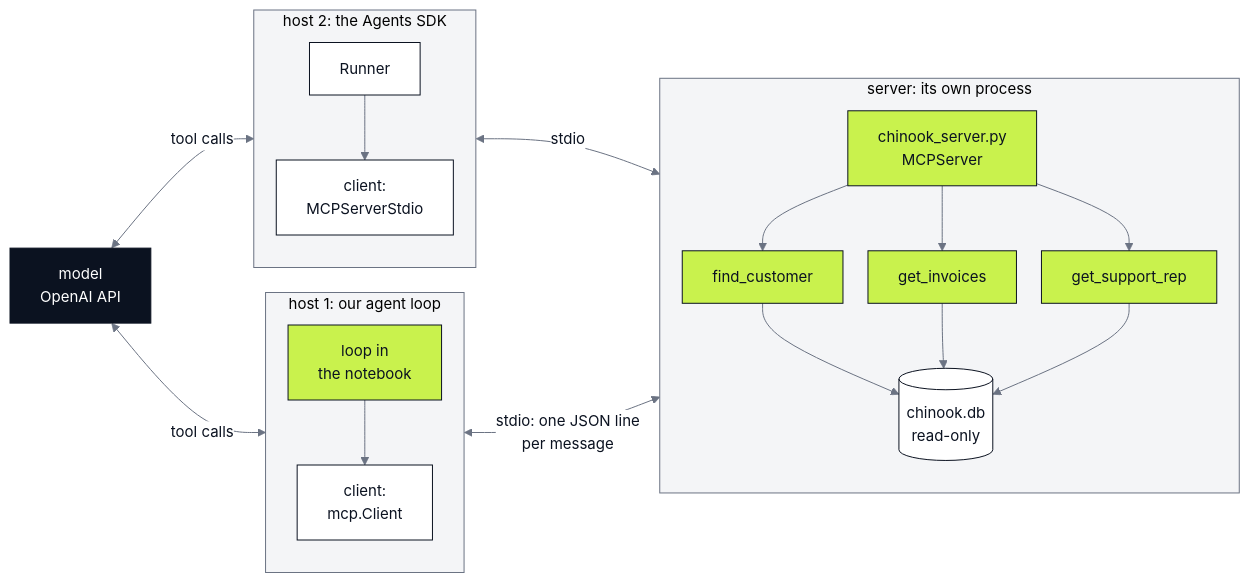
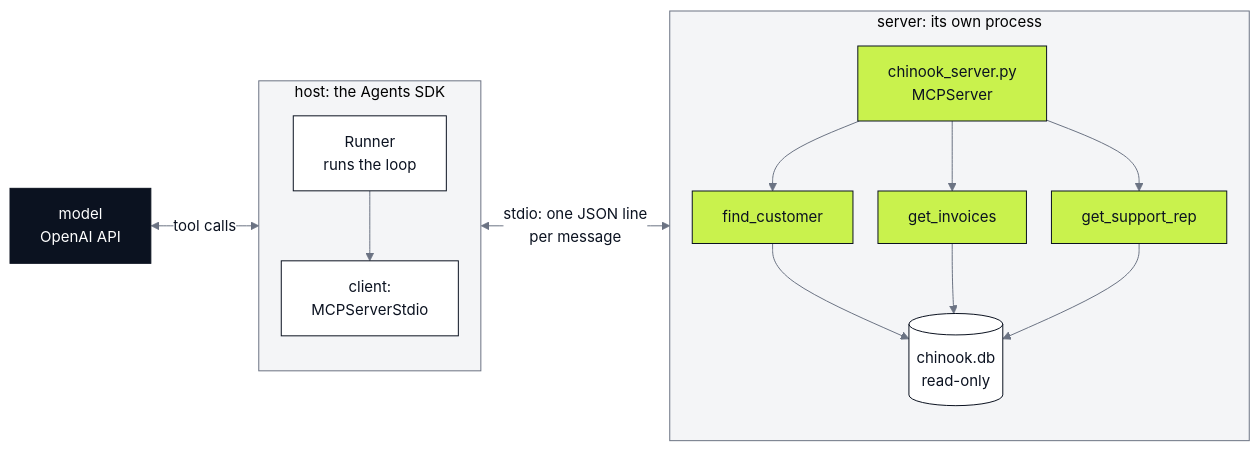
The diagram in 06_MCP/resources/lab06_mcp_host_client_server.mmd (tatwan/ai_agents_course), drawn with Mermaid before and after one commit. The commit also changed 13 other files, not shown here.

First line of the commit message:
Lab 06: rebuild MCP as 06a, 06b and a wire-format extra

```diff
--- a/06_MCP/resources/lab06_mcp_host_client_server.mmd
+++ b/06_MCP/resources/lab06_mcp_host_client_server.mmd
@@ -1,32 +1,27 @@
-%%{init: {"theme": "base", "flowchart": {"curve": "basis", "nodeSpacing": 25, "rankSpacing": 40}, "themeVariables": {"fontFamily": "IBM Plex Mono, monospace", "fontSize": "15px", "primaryColor": "#FFFFFF", "primaryBorderColor": "#0B1220", "primaryTextColor": "#0B1220", "lineColor": "#6B7383", "clusterBkg": "#F4F5F7", "clusterBorder": "#6B7383"}}}%%
-%% Lab 06: two hosts reach the same MCP server. Each host holds an MCP client; the client starts its own
-%% chinook_server.py process and speaks to it over stdio, one JSON-RPC line per message. Our code lime, the model ink.
+%%{init: {"theme": "base", "flowchart": {"curve": "basis", "nodeSpacing": 25, "rankSpacing": 45, "wrappingWidth": 420}, "themeVariables": {"fontFamily": "IBM Plex Mono, monospace", "fontSize": "15px", "primaryColor": "#FFFFFF", "primaryBorderColor": "#0B1220", "primaryTextColor": "#0B1220", "lineColor": "#6B7383", "clusterBkg": "#F4F5F7", "clusterBorder": "#6B7383"}}}%%
+%% Lab 06, notebook 2: a host we did not write reaches our MCP server. The Agents SDK's Runner holds the conversation
+%% with the model; its client, MCPServerStdio, starts chinook_server.py as its own process and speaks to it over stdio,
+%% one JSON-RPC line per message. The server runs the three lookups on the read-only database. Our code lime, the model ink.
 %% Export: npx -y @mermaid-js/mermaid-cli -i lab06_mcp_host_client_server.mmd -o lab06_mcp_host_client_server.png -b white -s 2
 flowchart LR
     model[model<br/>OpenAI API]
-    subgraph H1["host 1: our agent loop"]
+    subgraph HOST["host: the Agents SDK"]
         direction TB
-        loop[loop in<br/>the notebook] --> c1[client:<br/>mcp.Client]
-    end
-    subgraph H2["host 2: the Agents SDK"]
-        direction TB
-        sdk[Runner] --> c2[client:<br/>MCPServerStdio]
+        sdk[Runner<br/>runs the loop] --> c2[client:<br/>MCPServerStdio]
     end
     subgraph SERVER["server: its own process"]
         direction TB
         srv[chinook_server.py<br/>MCPServer]
         t1[find_customer]
         t2[get_invoices]
         t3[get_support_rep]
         db[(chinook.db<br/>read-only)]
         srv --> t1 & t2 & t3
         t1 & t2 & t3 --> db
     end
-    model <-->|tool calls| loop
     model <-->|tool calls| sdk
-    c1 <-->|stdio: one JSON line<br/>per message| srv
-    c2 <-->|stdio| srv
+    c2 <-->|stdio: one JSON line<br/>per message| srv
     classDef model fill:#0B1220,color:#FFFFFF,stroke:#0B1220
     classDef code fill:#C9F24D,color:#0B1220,stroke:#0B1220
     class model model
-    class loop,srv,t1,t2,t3 code
+    class srv,t1,t2,t3 code
```
